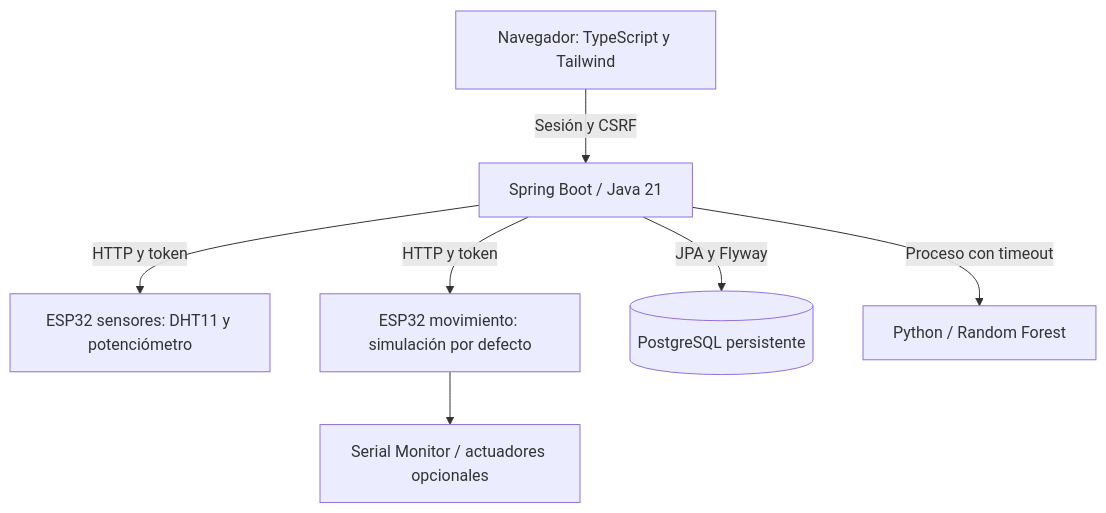
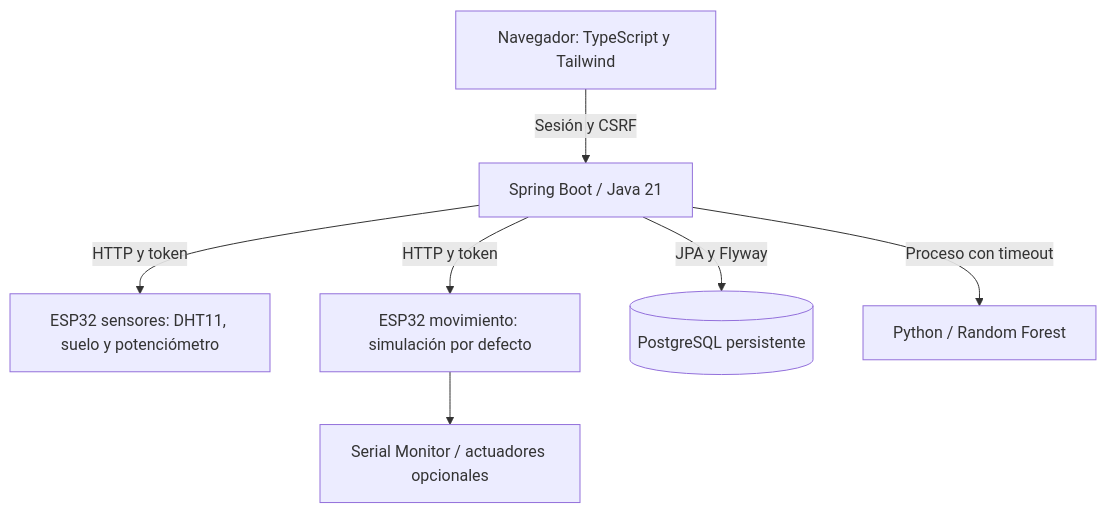
One commit to leonardolandeo-a11y/PlantClassifier changed the diagram in README.md. Above: the diagram before and after it, drawn with Mermaid. The commit also changed other lines of this file and 1 other file, not shown here.

````diff
--- a/README.md
+++ b/README.md
@@ -14,9 +14,9 @@
 ```mermaid
 flowchart TD
     UI[Navegador: TypeScript y Tailwind] -->|Sesión y CSRF| API[Spring Boot / Java 21]
-    API -->|HTTP y token| SENSOR[ESP32 sensores: DHT11 y potenciómetro]
+    API -->|HTTP y token| SENSOR[ESP32 sensores: DHT11, suelo y potenciómetro]
     API -->|HTTP y token| MOTOR[ESP32 movimiento: simulación por defecto]
     API -->|JPA y Flyway| DB[(PostgreSQL persistente)]
     API -->|Proceso con timeout| ML[Python / Random Forest]
     MOTOR --> SERIAL[Serial Monitor / actuadores opcionales]
 ```
````
